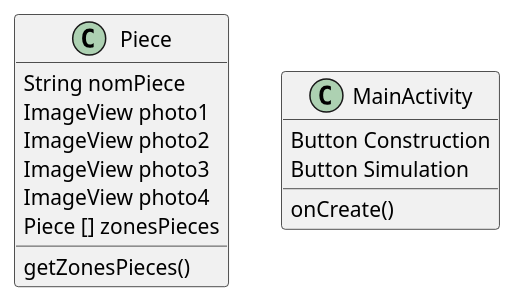
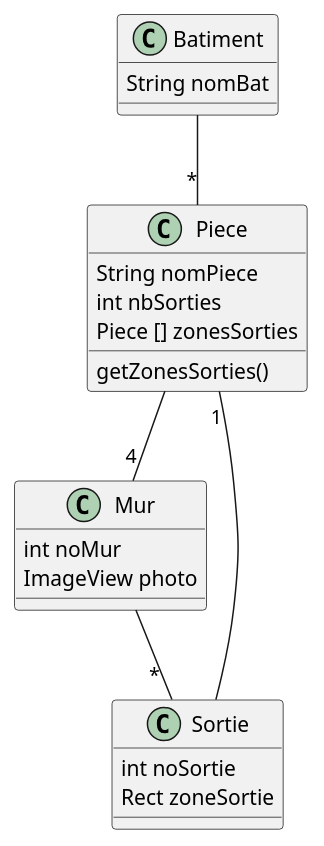
The diagram in app/src/UML/Construction.puml (alexandreantunesmnds/HouseMap), drawn with PlantUML before and after one commit. The commit also changed 11 other files, not shown here.

```diff
--- a/app/src/UML/Construction.puml
+++ b/app/src/UML/Construction.puml
@@ -1,19 +1,33 @@
 @startuml
 'https://plantuml.com/class-diagram
+class Batiment{
+String nomBat
+}
 
 class Piece {
 String nomPiece
-ImageView photo1
-ImageView photo2
-ImageView photo3
-ImageView photo4
-Piece [] zonesPieces
-getZonesPieces()
+int nbSorties
+Piece [] zonesSorties
+getZonesSorties()
 }
-class MainActivity{
-Button Construction
-Button Simulation
-onCreate()
+class Sortie{
+int noSortie
+Rect zoneSortie
 }
 
+class Mur {
+int noMur
+ImageView photo
+}
+'class MainActivity{
+'Button Construction
+'Button Simulation
+'onCreate()
+'}
+
+Batiment--"*"Piece
+Piece--"4"Mur
+Sortie -- "1" Piece
+Mur--"                  *"Sortie
+
 @enduml
```
